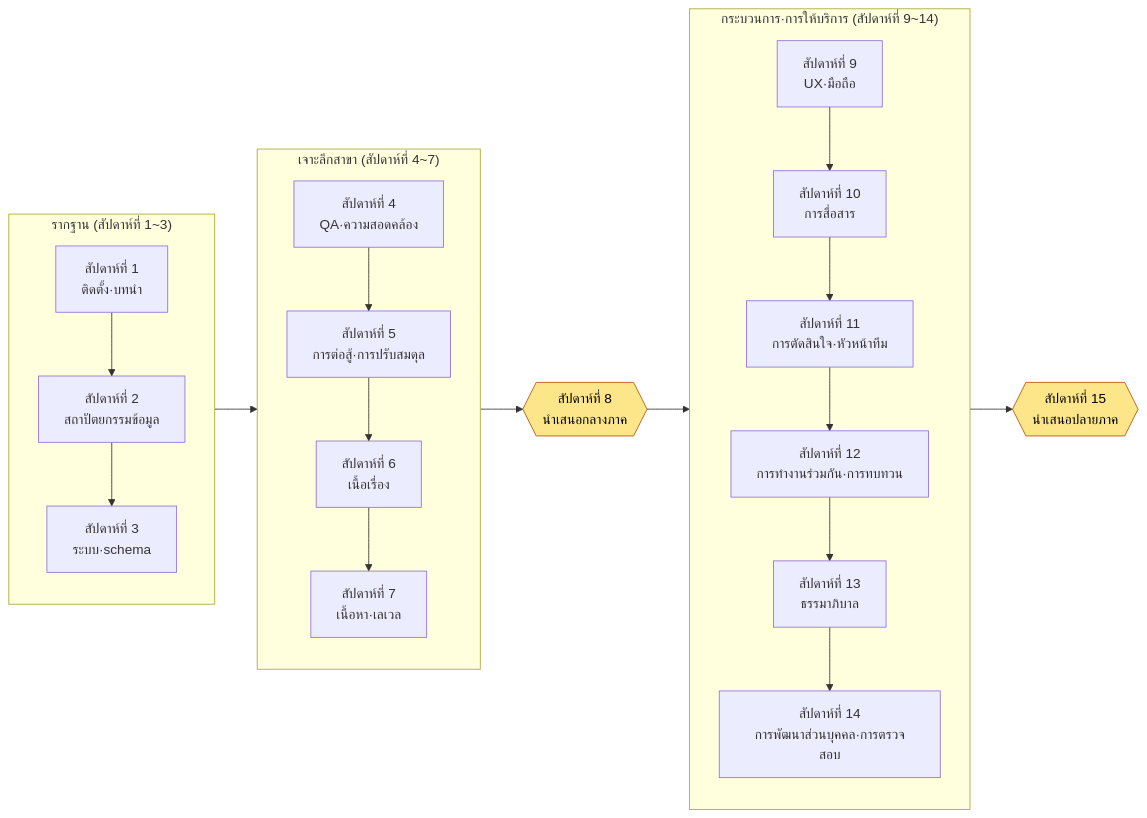
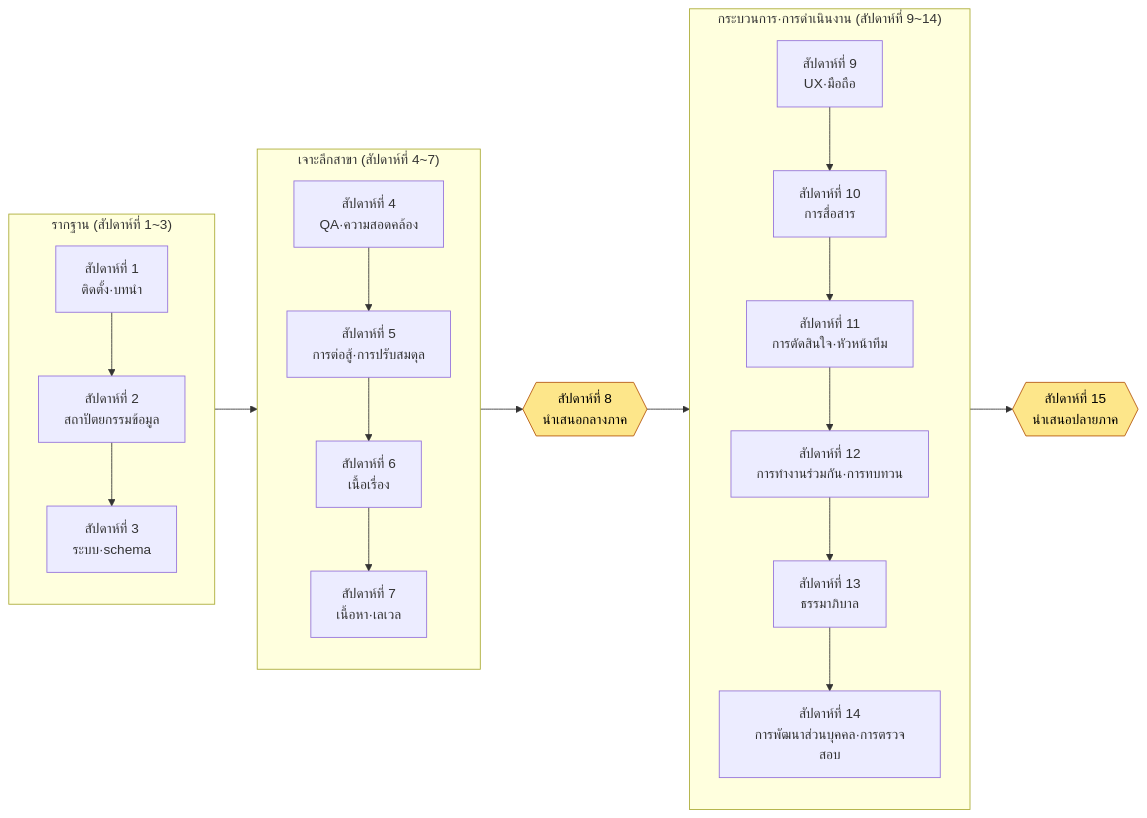
Before and after one commit to eremes81/game-design-ai-practice-th: the diagram in manuscript/part99-appendix/appendix-N-course-syllabus.md, drawn with Mermaid. The commit also changed other lines of this file and 5 other files, not shown here.

````diff
--- a/manuscript/part99-appendix/appendix-N-course-syllabus.md
+++ b/manuscript/part99-appendix/appendix-N-course-syllabus.md
@@ -48,17 +48,17 @@
 ```mermaid
 flowchart LR
     subgraph A["รากฐาน (สัปดาห์ที่ 1~3)"]
         W1["สัปดาห์ที่ 1<br/>ติดตั้ง·บทนำ"] --> W2["สัปดาห์ที่ 2<br/>สถาปัตยกรรมข้อมูล"] --> W3["สัปดาห์ที่ 3<br/>ระบบ·schema"]
     end
     subgraph B["เจาะลึกสาขา (สัปดาห์ที่ 4~7)"]
         W4["สัปดาห์ที่ 4<br/>QA·ความสอดคล้อง"] --> W5["สัปดาห์ที่ 5<br/>การต่อสู้·การปรับสมดุล"] --> W6["สัปดาห์ที่ 6<br/>เนื้อเรื่อง"] --> W7["สัปดาห์ที่ 7<br/>เนื้อหา·เลเวล"]
     end
     M1{{"สัปดาห์ที่ 8<br/>นำเสนอกลางภาค"}}
-    subgraph C["กระบวนการ·การให้บริการ (สัปดาห์ที่ 9~14)"]
+    subgraph C["กระบวนการ·การดำเนินงาน (สัปดาห์ที่ 9~14)"]
         W9["สัปดาห์ที่ 9<br/>UX·มือถือ"] --> W10["สัปดาห์ที่ 10<br/>การสื่อสาร"] --> W11["สัปดาห์ที่ 11<br/>การตัดสินใจ·หัวหน้าทีม"] --> W12["สัปดาห์ที่ 12<br/>การทำงานร่วมกัน·การทบทวน"] --> W13["สัปดาห์ที่ 13<br/>ธรรมาภิบาล"] --> W14["สัปดาห์ที่ 14<br/>การพัฒนาส่วนบุคคล·การตรวจสอบ"]
     end
     M2{{"สัปดาห์ที่ 15<br/>นำเสนอปลายภาค"}}
     A --> B --> M1 --> C --> M2
     classDef human fill:#fde68a,stroke:#b45309,color:#000;
     class M1,M2 human;
 ```
````
